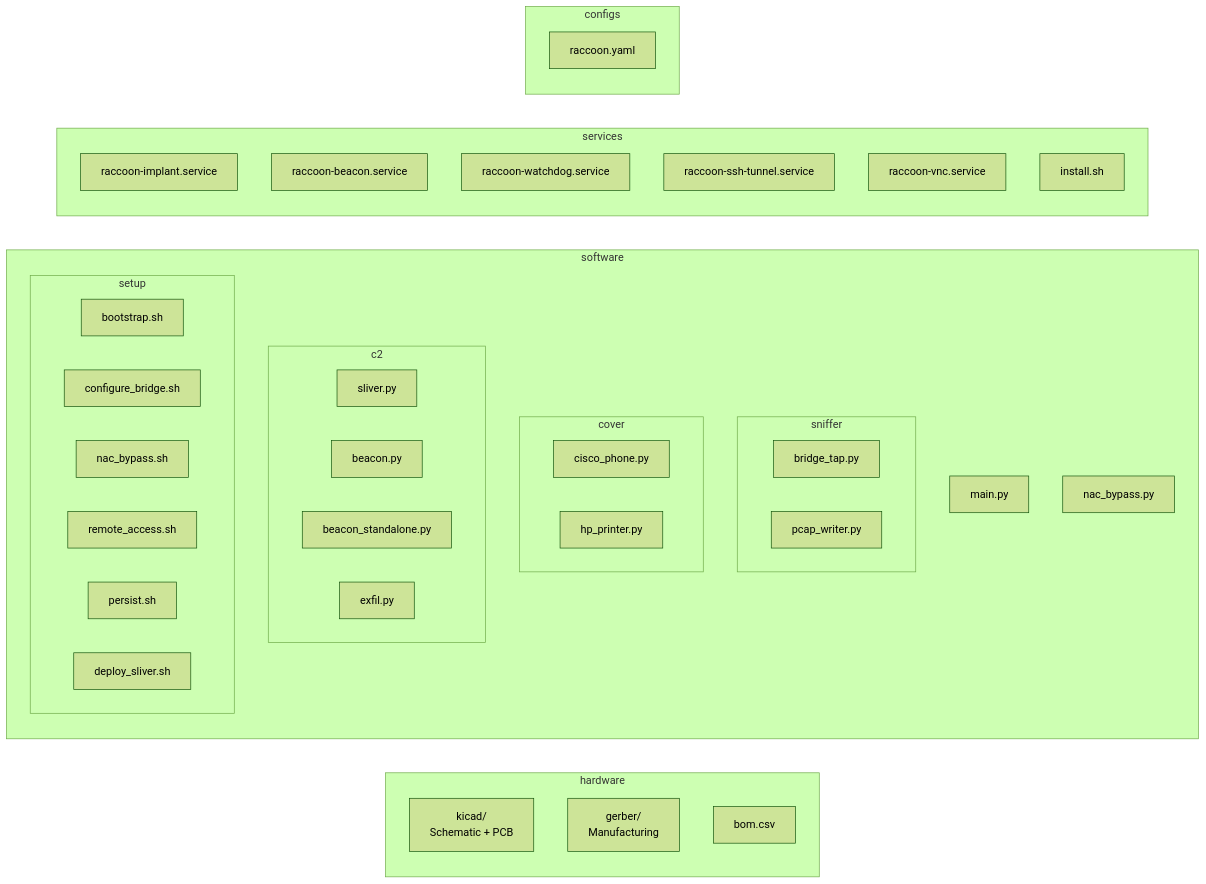
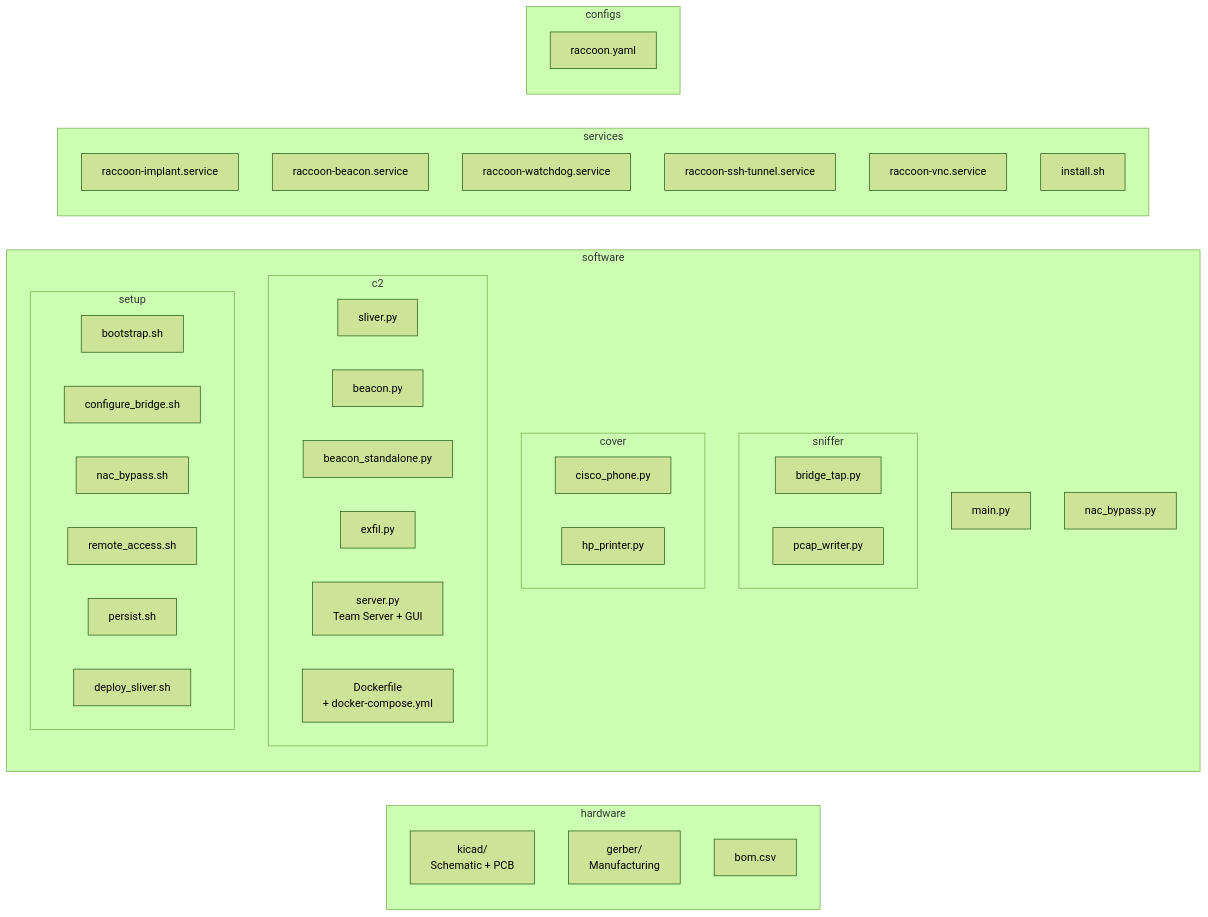
The tenth of 10 diagrams in README.md (BenjiTrapp/TrashPandaPaws), drawn with Mermaid (forest theme) before and after one commit. The commit also changed other lines of this file and 14 other files, not shown here.

````diff
--- a/README.md
+++ b/README.md
@@ -696,48 +815,50 @@
 ```mermaid
 graph LR
     subgraph hardware
         KICAD["kicad/<br/>Schematic + PCB"]
         GERBER["gerber/<br/>Manufacturing"]
         BOM["bom.csv"]
     end
 
     subgraph software
         MAIN_PY["main.py"]
         subgraph sniffer
             BTAP["bridge_tap.py"]
             PCAPW["pcap_writer.py"]
         end
         subgraph cover
             CISCO_PY["cisco_phone.py"]
             HP_PY["hp_printer.py"]
         end
         subgraph c2
             SLIVER_PY["sliver.py"]
             BEACON_PY["beacon.py"]
             BEACON_SA["beacon_standalone.py"]
             EXFIL_PY["exfil.py"]
+            SERVER_PY["server.py<br/>Team Server + GUI"]
+            DOCKER["Dockerfile<br/>+ docker-compose.yml"]
         end
         NAC_PY["nac_bypass.py"]
         subgraph setup
             BOOT["bootstrap.sh"]
             BRCFG["configure_bridge.sh"]
             NAC_SH["nac_bypass.sh"]
             REMOTE["remote_access.sh"]
             PERSIST["persist.sh"]
             DEPLOY["deploy_sliver.sh"]
         end
     end
 
     subgraph services
         SVC_IMP["raccoon-implant.service"]
         SVC_BCN["raccoon-beacon.service"]
         SVC_WD["raccoon-watchdog.service"]
         SVC_SSH["raccoon-ssh-tunnel.service"]
         SVC_VNC["raccoon-vnc.service"]
         INSTALL["install.sh"]
     end
 
     subgraph configs
         YAML["raccoon.yaml"]
     end
 ```
````
